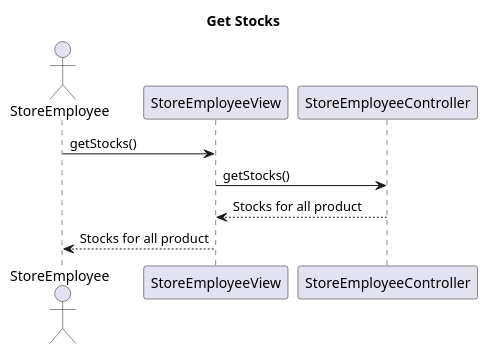
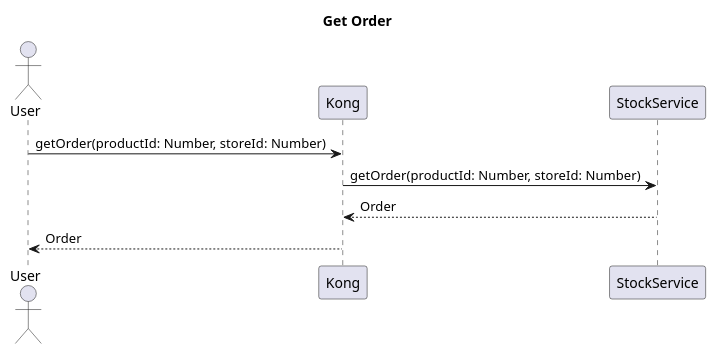
One commit to ThePhobosDeimosSuite/laboratoire-0_log430 changed the diagram in docs/UML/process/stocks/get-order.puml. Above: the diagram before and after it, drawn with PlantUML. The commit also changed 21 other files, not shown here.

```diff
--- a/docs/UML/process/stocks/get-order.puml
+++ b/docs/UML/process/stocks/get-order.puml
@@ -1,9 +1,9 @@
-@startuml get-stocks
-title Get Stocks
-actor StoreEmployee
+@startuml get-order
+title Get Order
+actor User
 
-StoreEmployee -> StoreEmployeeView : getStocks()
-StoreEmployeeView -> StoreEmployeeController : getStocks()
-StoreEmployeeController --> StoreEmployeeView : Stocks for all product
-StoreEmployeeView --> StoreEmployee : Stocks for all product
+User -> Kong : getOrder(productId: Number, storeId: Number)
+Kong -> StockService : getOrder(productId: Number, storeId: Number)
+StockService --> Kong : Order
+Kong --> User : Order
 @enduml
```
